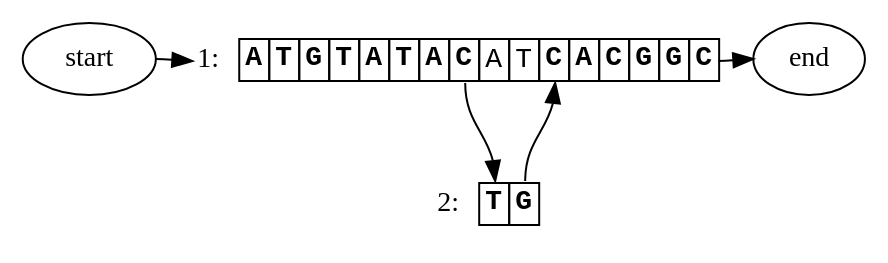
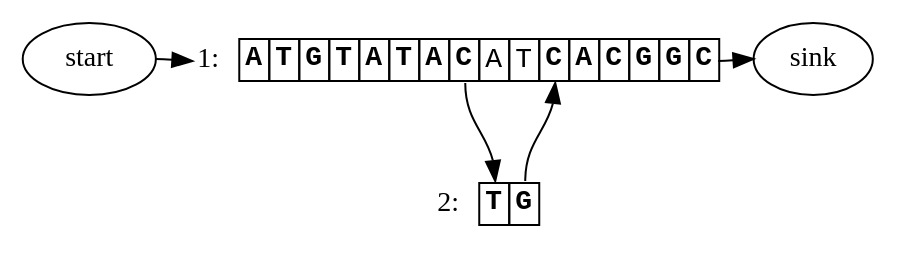
Before and after one commit to ginkgobioworks/gen: the diagram in docs/figures/figure_1.dot, drawn with Graphviz. The commit also changed 17 other files, not shown here.

```diff
--- a/docs/figures/figure_1.dot
+++ b/docs/figures/figure_1.dot
@@ -1,44 +1,34 @@
 strict digraph "" {
 	graph [rankdir=TD,
 		splines=true
 	];
 	node [label="\N"];
 	source	[label=start];
-	1	[highlights="[True, True, True, True, True, True, True, True, False, False, True, True, True, True, True, True]",
-		label=<<TABLE BORDER='0' CELLBORDER='1' CELLSPACING='0'><TR><TD BORDER='0' PORT='caption'>1: </TD><TD PORT='0'><FONT FACE='Courier New'><B>A</B></FONT></TD>
+	1	[label=<<TABLE BORDER='0' CELLBORDER='1' CELLSPACING='0'><TR><TD BORDER='0' PORT='caption'>1: </TD><TD PORT='0'><FONT FACE='Courier New'><B>A</B></FONT></TD>
 <TD PORT='1'><FONT FACE='Courier New'><B>T</B></FONT></TD>
 <TD PORT='2'><FONT FACE='Courier New'><B>G</B></FONT></TD>
 <TD PORT='3'><FONT FACE='Courier New'><B>T</B></FONT></TD>
 <TD PORT='4'><FONT FACE='Courier New'><B>A</B></FONT></TD>
 <TD PORT='5'><FONT FACE='Courier New'><B>T</B></FONT></TD>
 <TD PORT='6'><FONT FACE='Courier New'><B>A</B></FONT></TD>
 <TD PORT='7'><FONT FACE='Courier New'><B>C</B></FONT></TD>
 <TD PORT='8'><FONT FACE='Courier New'>A</FONT></TD>
 <TD PORT='9'><FONT FACE='Courier New'>T</FONT></TD>
 <TD PORT='10'><FONT FACE='Courier New'><B>C</B></FONT></TD>
 <TD PORT='11'><FONT FACE='Courier New'><B>A</B></FONT></TD>
 <TD PORT='12'><FONT FACE='Courier New'><B>C</B></FONT></TD>
 <TD PORT='13'><FONT FACE='Courier New'><B>G</B></FONT></TD>
 <TD PORT='14'><FONT FACE='Courier New'><B>G</B></FONT></TD>
 <TD PORT='15'><FONT FACE='Courier New'><B>C</B></FONT></TD></TR></TABLE>>,
 		margin=0,
-		sequence=ATGTATACATCACGGC,
 		shape=none];
-	source:e -> 1:caption	[constraint=False,
-		rank=same,
-		to_pos=0];
-	sink	[label=end];
-	1:15 -> sink:w	[constraint=False,
-		from_pos=15,
-		rank=same];
-	2	[highlights="[True, True]",
-		label=<<TABLE BORDER='0' CELLBORDER='1' CELLSPACING='0'><TR><TD BORDER='0' PORT='caption'>2: </TD><TD PORT='0'><FONT FACE='Courier New'><B>T</B></FONT></TD>
+	source:e -> 1:caption	[constraint=False];
+	2	[label=<<TABLE BORDER='0' CELLBORDER='1' CELLSPACING='0'><TR><TD BORDER='0' PORT='caption'>2: </TD><TD PORT='0'><FONT FACE='Courier New'><B>T</B></FONT></TD>
 <TD PORT='1'><FONT FACE='Courier New'><B>G</B></FONT></TD></TR></TABLE>>,
 		margin=0,
-		sequence=TG,
 		shape=none];
-	1:7 -> 2:0	[from_pos=7,
-		to_pos=0];
-	2:1 -> 1:10	[from_pos=1,
-		to_pos=10];
+	1:7 -> 2:0;
+	sink	[label=sink];
+	1:15 -> sink:w	[constraint=False];
+	2:1 -> 1:10;
 }
```
